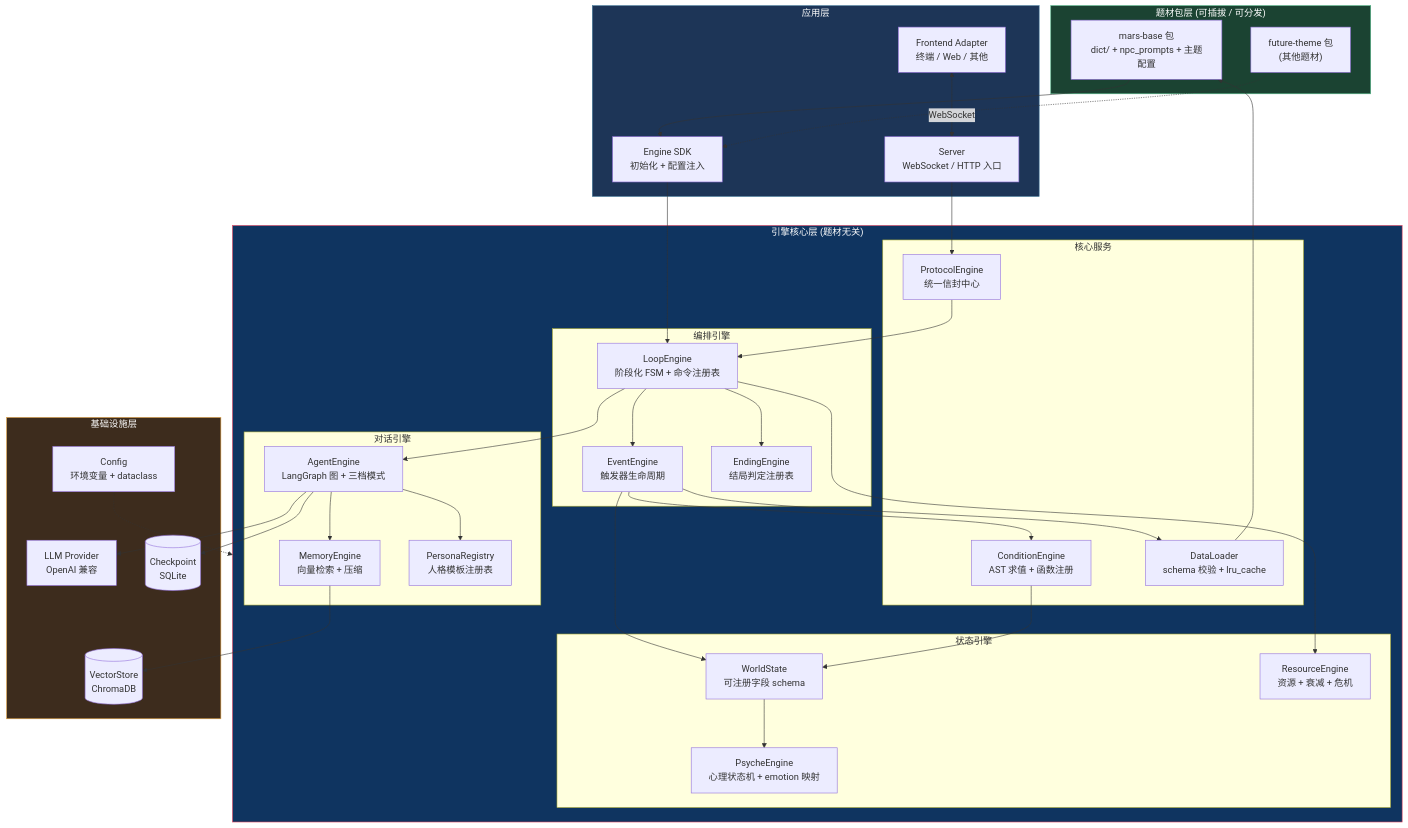
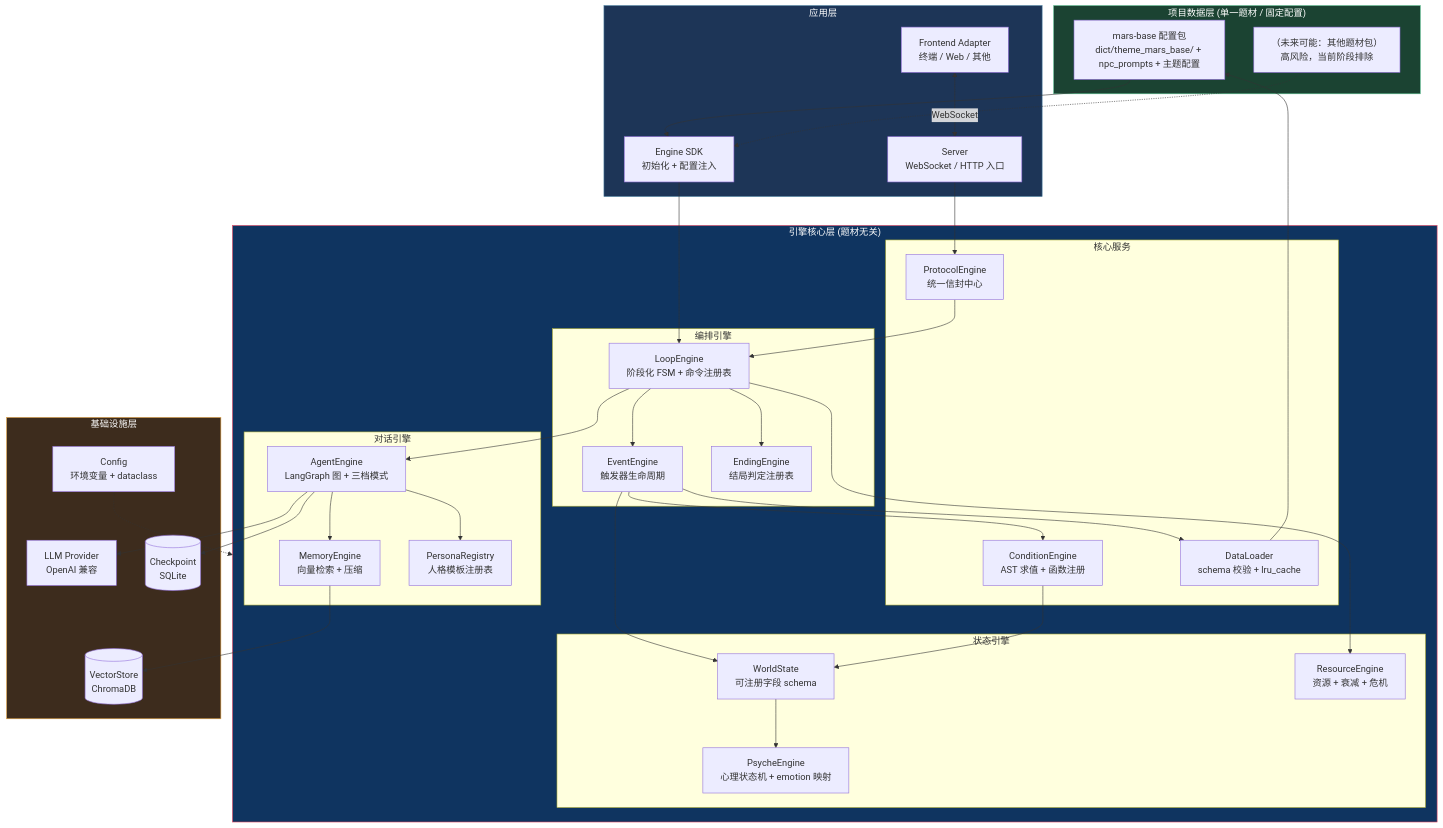
Before and after one commit to HeDaas-Code/mars-base-sandbox: the ninth of 12 diagrams in docs/architecture/项目架构与引擎化分析报告_v1.0.md, drawn with Mermaid. The commit also changed other lines of this file and 5 other files, not shown here.

````diff
--- a/docs/architecture/项目架构与引擎化分析报告_v1.0.md
+++ b/docs/architecture/项目架构与引擎化分析报告_v1.0.md
@@ -449,75 +452,75 @@
 ```mermaid
 flowchart TB
-    subgraph THEME["题材包层 (可插拔 / 可分发)"]
-        TP1["mars-base 包<br/>dict/ + npc_prompts + 主题配置"]
-        TP2["future-theme 包<br/>(其他题材)"]
+    subgraph THEME["项目数据层 (单一题材 / 固定配置)"]
+        TP1["mars-base 配置包<br/>dict/theme_mars_base/ + npc_prompts + 主题配置"]
+        TP2["（未来可能：其他题材包）<br/>高风险，当前阶段排除"]
     end
 
     subgraph APP["应用层"]
         SRV["Server<br/>WebSocket / HTTP 入口"]
         SDK["Engine SDK<br/>初始化 + 配置注入"]
         FRONT["Frontend Adapter<br/>终端 / Web / 其他"]
     end
 
     subgraph ENGINE["引擎核心层 (题材无关)"]
         subgraph ORCH["编排引擎"]
             LOOP_ENG["LoopEngine<br/>阶段化 FSM + 命令注册表"]
             EV_ENG["EventEngine<br/>触发器生命周期"]
             END_ENG["EndingEngine<br/>结局判定注册表"]
         end
         subgraph STATE_ENG["状态引擎"]
             GS_ENG["WorldState<br/>可注册字段 schema"]
             NPC_ENG["PsycheEngine<br/>心理状态机 + emotion 映射"]
             RES_ENG["ResourceEngine<br/>资源 + 衰减 + 危机"]
         end
         subgraph DIALOG["对话引擎"]
             AG_ENG["AgentEngine<br/>LangGraph 图 + 三档模式"]
             MEM_ENG["MemoryEngine<br/>向量检索 + 压缩"]
             PROMPT_ENG["PersonaRegistry<br/>人格模板注册表"]
         end
         subgraph CORE["核心服务"]
             COND_ENG["ConditionEngine<br/>AST 求值 + 函数注册"]
             LOAD_ENG["DataLoader<br/>schema 校验 + lru_cache"]
             PROTO_ENG["ProtocolEngine<br/>统一信封中心"]
         end
     end
 
     subgraph INFRA["基础设施层"]
         LLM["LLM Provider<br/>OpenAI 兼容"]
         VEC[("VectorStore<br/>ChromaDB")]
         DB[("Checkpoint<br/>SQLite")]
         CFG_INFRA["Config<br/>环境变量 + dataclass"]
     end
 
     TP1 --> SDK
     TP2 -.-> SDK
     SDK --> LOOP_ENG
     SRV --> PROTO_ENG
     PROTO_ENG --> LOOP_ENG
     FRONT <-->|"WebSocket"| SRV
     LOOP_ENG --> EV_ENG
     LOOP_ENG --> END_ENG
     LOOP_ENG --> AG_ENG
     EV_ENG --> COND_ENG
     EV_ENG --> GS_ENG
     EV_ENG --> LOAD_ENG
     LOOP_ENG --> RES_ENG
     AG_ENG --> PROMPT_ENG
     AG_ENG --> MEM_ENG
     GS_ENG --> NPC_ENG
     COND_ENG --> GS_ENG
     LOAD_ENG --> TP1
     AG_ENG --> LLM
     MEM_ENG --> VEC
     AG_ENG --> DB
     CFG_INFRA -.-> ENGINE
 
     classDef theme fill:#1b4332,stroke:#52b788,color:#fff
     classDef app fill:#1d3557,stroke:#457b9d,color:#fff
     classDef engine fill:#0f3460,stroke:#e94560,color:#fff
     classDef infra fill:#3d2c1d,stroke:#e09f3e,color:#fff
     class THEME theme
     class APP app
     class ENGINE engine
     class INFRA infra
 ```
````
